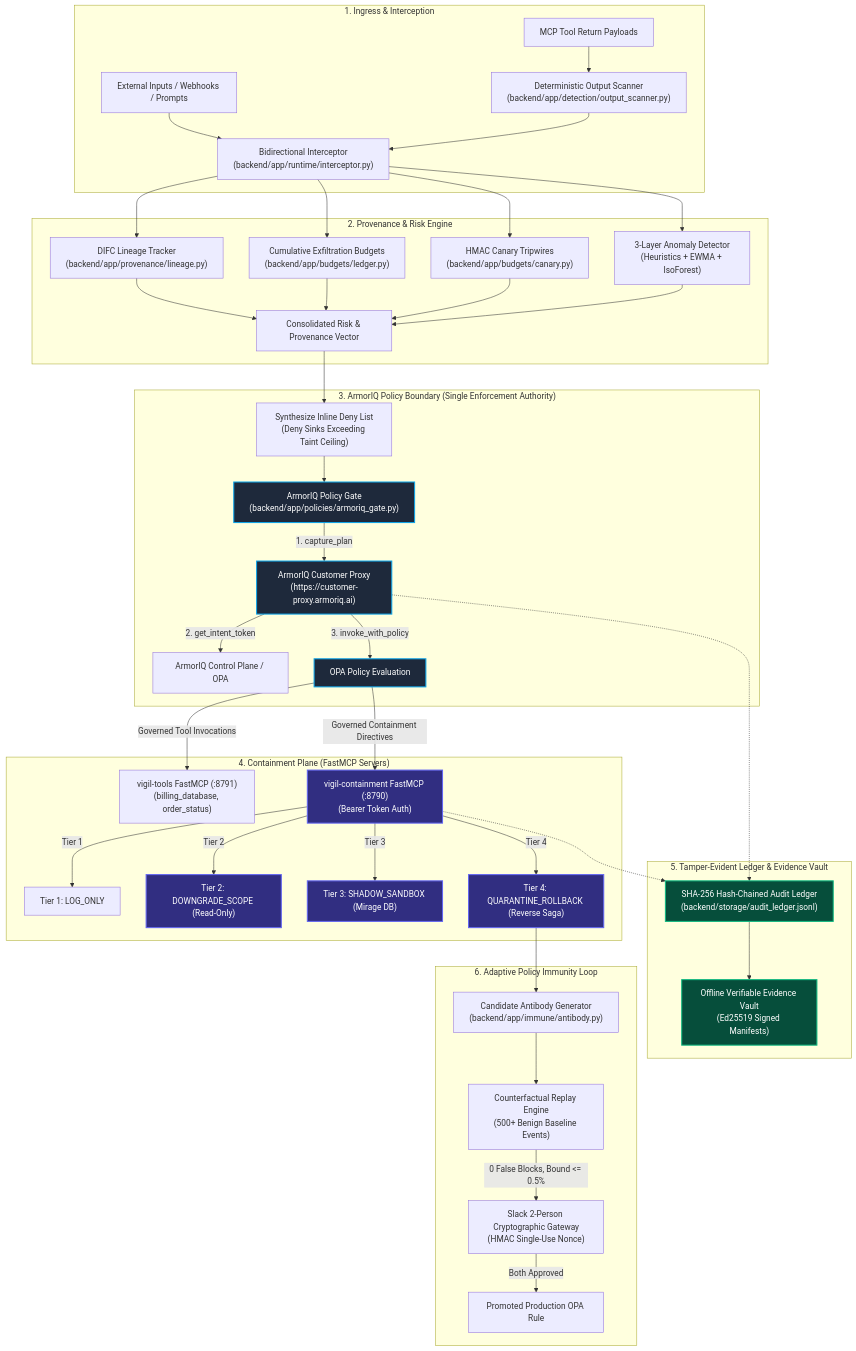
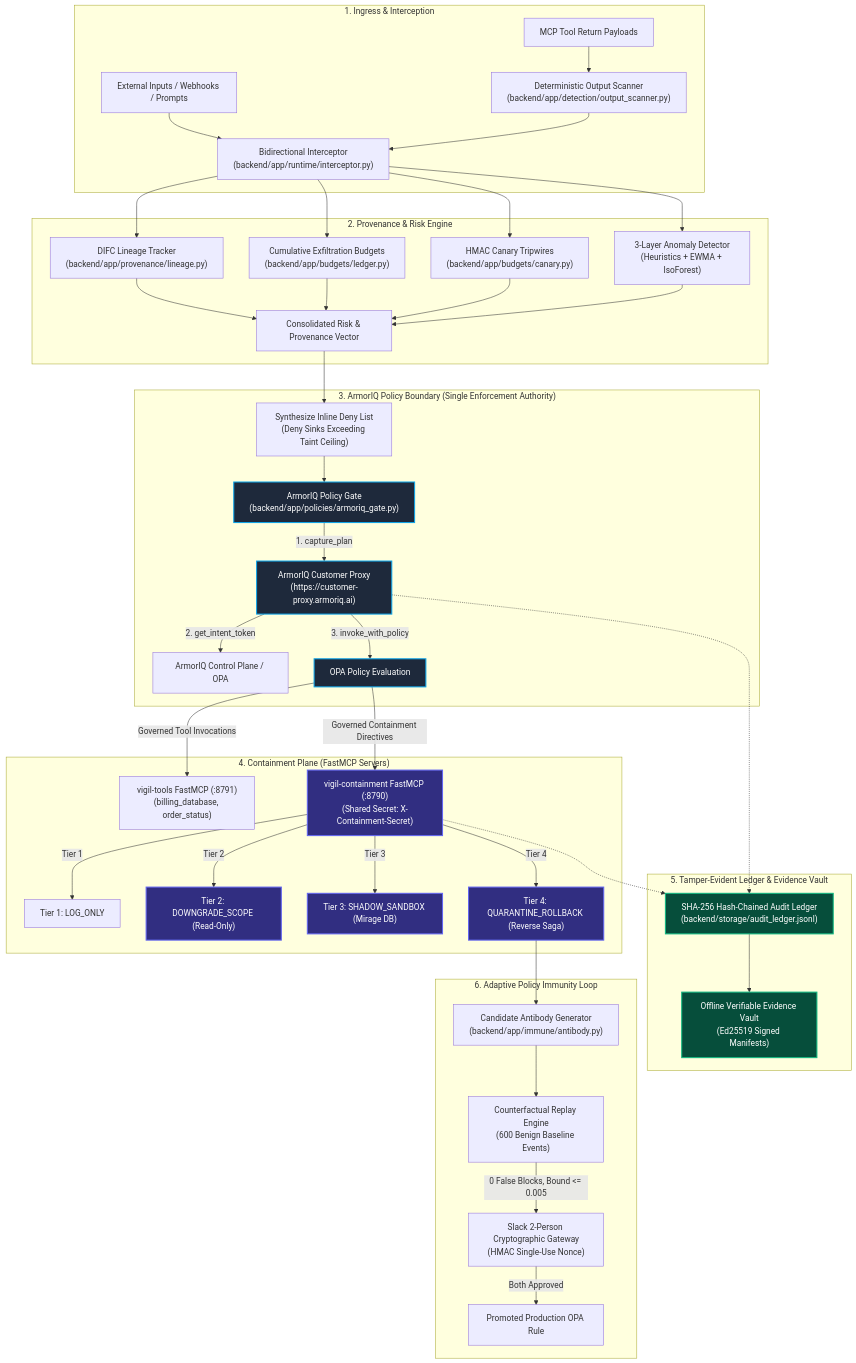
Before and after one commit to shankarsai000/VIGIL: the diagram in CLAUDE.md, drawn with Mermaid. The commit also changed other lines of this file and 50 other files, not shown here.

````diff
--- a/CLAUDE.md
+++ b/CLAUDE.md
@@ -57,58 +57,58 @@
 ```mermaid
 flowchart TD
     subgraph INGRESS ["1. Ingress & Interception"]
         EXT_IN["External Inputs / Webhooks / Prompts"] --> INTERCEPT["Bidirectional Interceptor<br/>(backend/app/runtime/interceptor.py)"]
         TOOL_RET["MCP Tool Return Payloads"] --> SCANNER["Deterministic Output Scanner<br/>(backend/app/detection/output_scanner.py)"]
         SCANNER --> INTERCEPT
     end
 
     subgraph RISK_ENGINE ["2. Provenance & Risk Engine"]
         INTERCEPT --> TAINT_TRACK["DIFC Lineage Tracker<br/>(backend/app/provenance/lineage.py)"]
         INTERCEPT --> BUDGET_LEDGER["Cumulative Exfiltration Budgets<br/>(backend/app/budgets/ledger.py)"]
         INTERCEPT --> CANARY_TRIP["HMAC Canary Tripwires<br/>(backend/app/budgets/canary.py)"]
         INTERCEPT --> HYBRID_DETECTOR["3-Layer Anomaly Detector<br/>(Heuristics + EWMA + IsoForest)"]
         
         TAINT_TRACK --> RISK_VECTOR["Consolidated Risk & Provenance Vector"]
         BUDGET_LEDGER --> RISK_VECTOR
         CANARY_TRIP --> RISK_VECTOR
         HYBRID_DETECTOR --> RISK_VECTOR
     end
 
     subgraph GATE_BOUNDARY ["3. ArmorIQ Policy Boundary (Single Enforcement Authority)"]
         RISK_VECTOR --> INLINE_POLICY_GEN["Synthesize Inline Deny List<br/>(Deny Sinks Exceeding Taint Ceiling)"]
         INLINE_POLICY_GEN --> ARMORIQ_GATE["ArmorIQ Policy Gate<br/>(backend/app/policies/armoriq_gate.py)"]
         ARMORIQ_GATE -->|1. capture_plan| ARMORIQ_PROXY["ArmorIQ Customer Proxy<br/>(https://customer-proxy.armoriq.ai)"]
         ARMORIQ_PROXY -->|2. get_intent_token| ARMORIQ_CONTROL["ArmorIQ Control Plane / OPA"]
         ARMORIQ_PROXY -->|3. invoke_with_policy| OPA_EVAL["OPA Policy Evaluation"]
     end
 
     subgraph ACTUATION ["4. Containment Plane (FastMCP Servers)"]
         OPA_EVAL -->|Governed Tool Invocations| TOOLS_MCP["vigil-tools FastMCP (:8791)<br/>(billing_database, order_status)"]
-        OPA_EVAL -->|Governed Containment Directives| CONTAINMENT_MCP["vigil-containment FastMCP (:8790)<br/>(Bearer Token Auth)"]
+        OPA_EVAL -->|Governed Containment Directives| CONTAINMENT_MCP["vigil-containment FastMCP (:8790)<br/>(Shared Secret: X-Containment-Secret)"]
         
         CONTAINMENT_MCP -->|Tier 1| LOG_ONLY["Tier 1: LOG_ONLY"]
         CONTAINMENT_MCP -->|Tier 2| DOWNGRADE["Tier 2: DOWNGRADE_SCOPE (Read-Only)"]
         CONTAINMENT_MCP -->|Tier 3| SHADOW["Tier 3: SHADOW_SANDBOX (Mirage DB)"]
         CONTAINMENT_MCP -->|Tier 4| QUARANTINE["Tier 4: QUARANTINE_ROLLBACK (Reverse Saga)"]
     end
 
     subgraph AUDIT ["5. Tamper-Evident Ledger & Evidence Vault"]
         ARMORIQ_PROXY -.-> LEDGER["SHA-256 Hash-Chained Audit Ledger<br/>(backend/storage/audit_ledger.jsonl)"]
         CONTAINMENT_MCP -.-> LEDGER
         LEDGER --> VAULT["Offline Verifiable Evidence Vault<br/>(Ed25519 Signed Manifests)"]
     end
 
     subgraph IMMUNE_LOOP ["6. Adaptive Policy Immunity Loop"]
         QUARANTINE --> SYNTHESIS["Candidate Antibody Generator<br/>(backend/app/immune/antibody.py)"]
-        SYNTHESIS --> REPLAY["Counterfactual Replay Engine<br/>(500+ Benign Baseline Events)"]
-        REPLAY -->|0 False Blocks, Bound <= 0.5%| SLACK_GATE["Slack 2-Person Cryptographic Gateway<br/>(HMAC Single-Use Nonce)"]
+        SYNTHESIS --> REPLAY["Counterfactual Replay Engine<br/>(600 Benign Baseline Events)"]
+        REPLAY -->|0 False Blocks, Bound <= 0.005| SLACK_GATE["Slack 2-Person Cryptographic Gateway<br/>(HMAC Single-Use Nonce)"]
         SLACK_GATE -->|Both Approved| PROMOTED["Promoted Production OPA Rule"]
     end
 
     classDef boundary fill:#1e293b,stroke:#0ea5e9,stroke-width:2px,color:#fff;
     classDef enforcement fill:#312e81,stroke:#6366f1,stroke-width:2px,color:#fff;
     classDef ledger fill:#064e3b,stroke:#10b981,stroke-width:2px,color:#fff;
     class ARMORIQ_GATE,ARMORIQ_PROXY,OPA_EVAL boundary;
     class CONTAINMENT_MCP,DOWNGRADE,SHADOW,QUARANTINE enforcement;
     class LEDGER,VAULT ledger;
 ```
````
